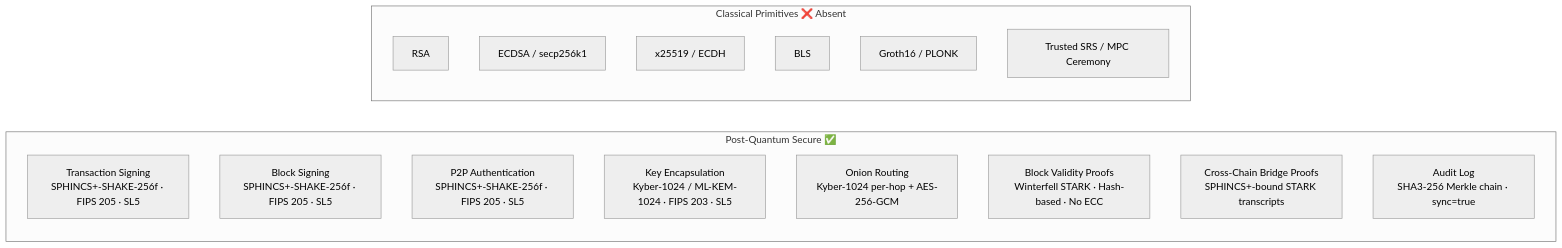
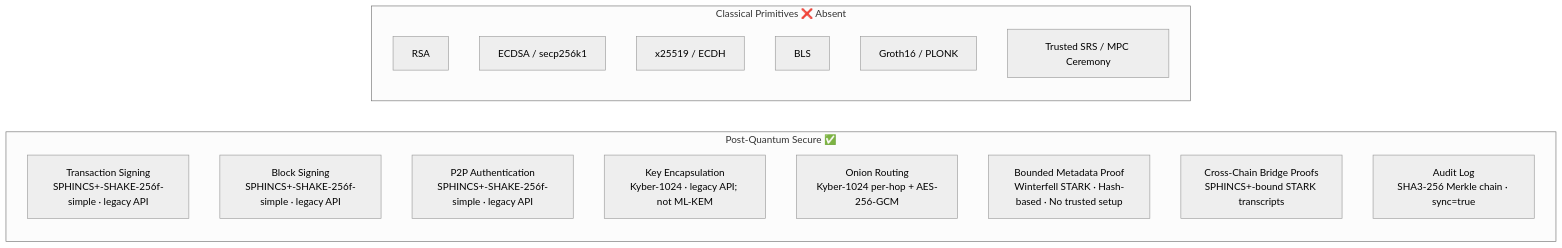
Before and after one commit to BleepEcosystem/BLEEP-v1: the second of 7 diagrams in WHITEPAPER.md, drawn with Mermaid (neutral theme). The commit also changed other lines of this file and 16 other files, not shown here.

````diff
--- a/WHITEPAPER.md
+++ b/WHITEPAPER.md
@@ -160,31 +158,31 @@
 ```mermaid
 graph LR
     subgraph PQ["Post-Quantum Secure ✅"]
         direction TB
         TX_SIGN["Transaction Signing
-SPHINCS+-SHAKE-256f · FIPS 205 · SL5"]
+SPHINCS+-SHAKE-256f-simple · legacy API"]
         BLK_SIGN["Block Signing
-SPHINCS+-SHAKE-256f · FIPS 205 · SL5"]
+SPHINCS+-SHAKE-256f-simple · legacy API"]
         P2P_AUTH["P2P Authentication
-SPHINCS+-SHAKE-256f · FIPS 205 · SL5"]
+SPHINCS+-SHAKE-256f-simple · legacy API"]
         KEM["Key Encapsulation
-Kyber-1024 / ML-KEM-1024 · FIPS 203 · SL5"]
+Kyber-1024 · legacy API; not ML-KEM"]
         ONION["Onion Routing
 Kyber-1024 per-hop + AES-256-GCM"]
-        ZKP_BLOCK["Block Validity Proofs
-Winterfell STARK · Hash-based · No ECC"]
+        ZKP_BLOCK["Bounded Metadata Proof
+Winterfell STARK · Hash-based · No trusted setup"]
         ZKP_BRIDGE["Cross-Chain Bridge Proofs
 SPHINCS+-bound STARK transcripts"]
         AUDIT["Audit Log
 SHA3-256 Merkle chain · sync=true"]
     end
     subgraph CLASSICAL["Classical Primitives ❌ Absent"]
         direction TB
         RSA["RSA"]
         ECDSA["ECDSA / secp256k1"]
         X25519["x25519 / ECDH"]
         BLS["BLS"]
         G16["Groth16 / PLONK"]
         SRS["Trusted SRS / MPC Ceremony"]
     end
 ```
````
